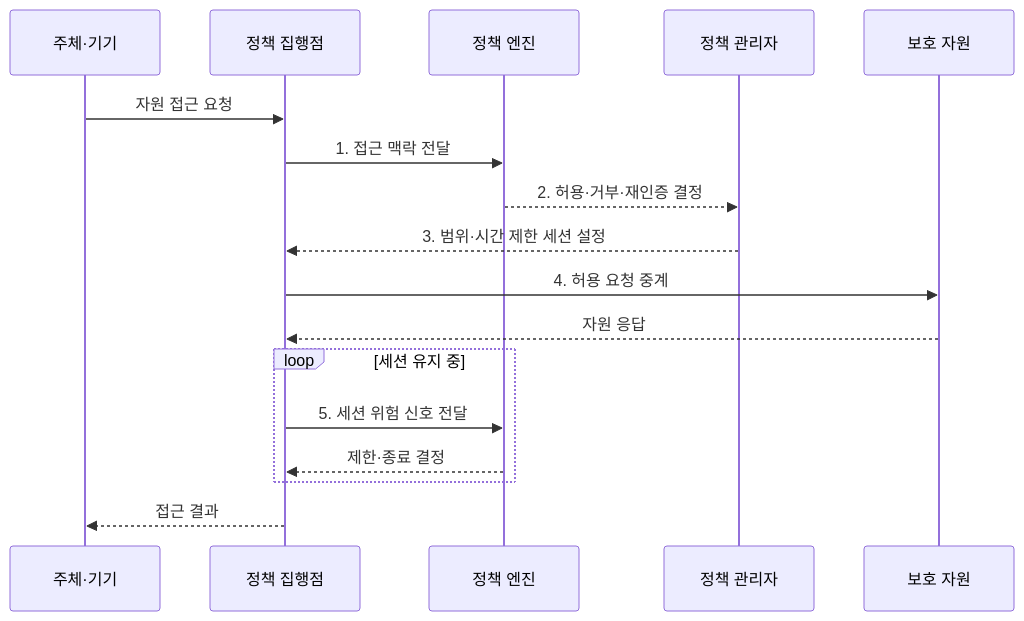
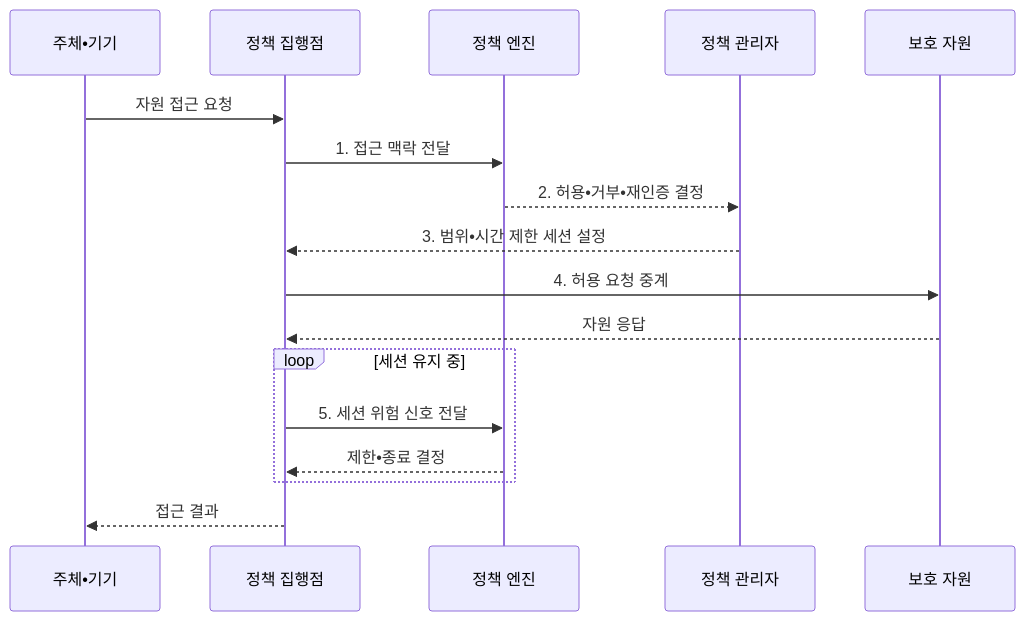
Before and after one commit to agnusdei1207/knowledge-base: the second of 2 diagrams in src/content/docs/notes/05-security/063_zero_trust.md, drawn with Mermaid. The commit also changed other lines of this file and 953 other files, not shown here.

````diff
--- a/src/content/docs/notes/05-security/063_zero_trust.md
+++ b/src/content/docs/notes/05-security/063_zero_trust.md
@@ -96,19 +96,19 @@
 ```mermaid
 sequenceDiagram
-    participant U as 주체·기기
+    participant U as 주체•기기
     participant E as 정책 집행점
     participant P as 정책 엔진
     participant A as 정책 관리자
     participant R as 보호 자원
     U->>E: 자원 접근 요청
     E->>P: 1. 접근 맥락 전달
-    P-->>A: 2. 허용·거부·재인증 결정
-    A-->>E: 3. 범위·시간 제한 세션 설정
+    P-->>A: 2. 허용•거부•재인증 결정
+    A-->>E: 3. 범위•시간 제한 세션 설정
     E->>R: 4. 허용 요청 중계
     R-->>E: 자원 응답
     loop 세션 유지 중
         E->>P: 5. 세션 위험 신호 전달
-        P-->>E: 제한·종료 결정
+        P-->>E: 제한•종료 결정
     end
     E-->>U: 접근 결과
 ```
````
